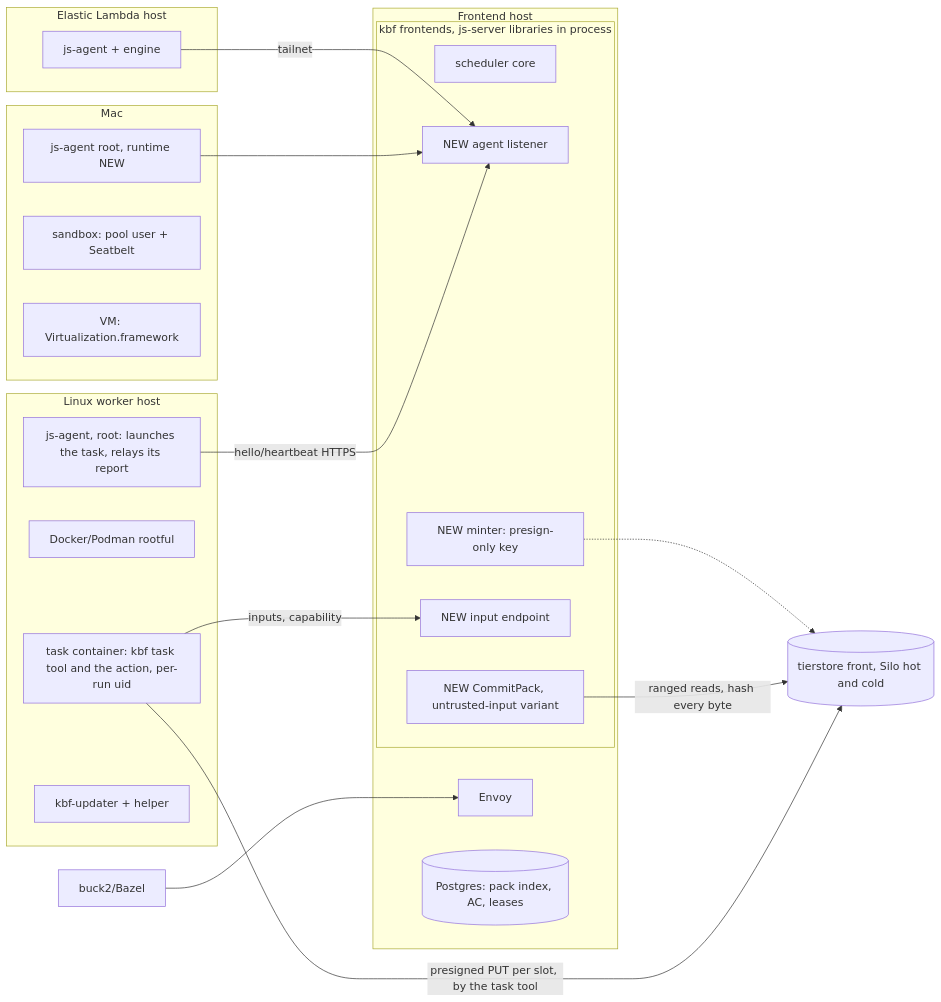
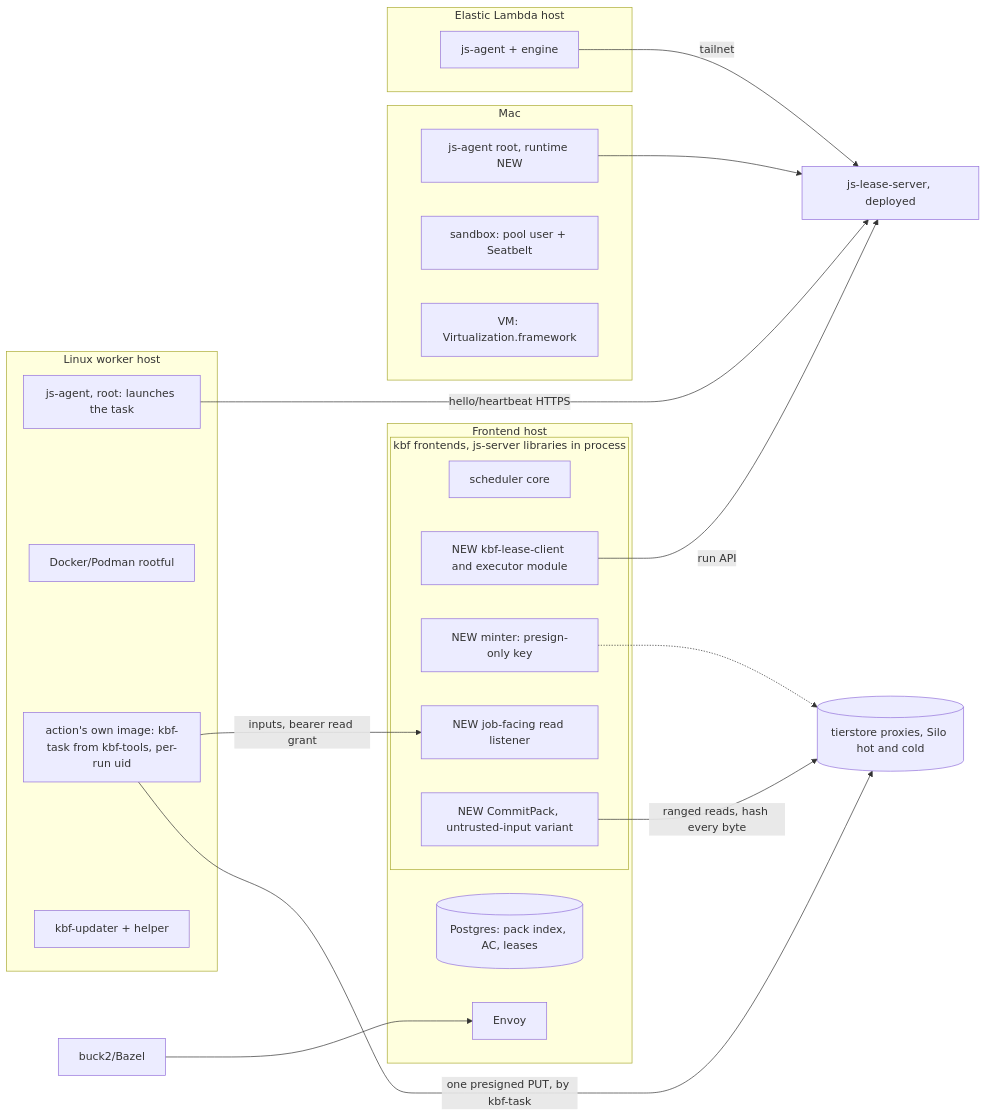
The second of 14 diagrams in docs/design/kbf-on-js-agent.md (komira-ai/jobscheduler), drawn with Mermaid before and after one commit. The commit also changed other lines of this file and 2 other files, not shown here.

First line of the commit message:
DESIGN: kbf on js-agent, fold in the lease-server integration, kbf-task, node side, live tierstore and read grant

````diff
--- a/docs/design/kbf-on-js-agent.md
+++ b/docs/design/kbf-on-js-agent.md
@@ -133,36 +134,38 @@
 ```mermaid
 flowchart LR
   client[buck2/Bazel] --> envoy
   subgraph FE[Frontend host]
     envoy[Envoy]
     subgraph FP[kbf frontends, js-server libraries in process]
       core[scheduler core]
-      door[NEW agent listener]
+      lc[NEW kbf-lease-client and executor module]
       mint[NEW minter: presign-only key]
-      inp[NEW input endpoint]
+      inp[NEW job-facing read listener]
       cp[NEW CommitPack, untrusted-input variant]
     end
     pg[(Postgres: pack index, AC, leases)]
   end
+  ls[js-lease-server, deployed]
   subgraph LW[Linux worker host]
-    ag[js-agent, root: launches the task, relays its report]
+    ag[js-agent, root: launches the task]
     eng[Docker/Podman rootful]
-    task[task container: kbf task tool and the action, per-run uid]
+    task[action's own image: kbf-task from kbf-tools, per-run uid]
     lupd[kbf-updater + helper]
   end
   subgraph MC[Mac]
     mag[js-agent root, runtime NEW]
     sb[sandbox: pool user + Seatbelt]
     vm[VM: Virtualization.framework]
   end
   subgraph EL[Elastic Lambda host]
     eag[js-agent + engine]
   end
-  ag -- hello/heartbeat HTTPS --> door
-  mag --> door
-  eag -- tailnet --> door
-  task -- inputs, capability --> inp
-  task -- presigned PUT per slot, by the task tool --> store[(tierstore front, Silo hot and cold)]
+  lc -- run API --> ls
+  ag -- hello/heartbeat HTTPS --> ls
+  mag --> ls
+  eag -- tailnet --> ls
+  task -- inputs, bearer read grant --> inp
+  task -- one presigned PUT, by kbf-task --> store[(tierstore proxies, Silo hot and cold)]
   cp -- ranged reads, hash every byte --> store
   mint -.-> store
 ```
````
